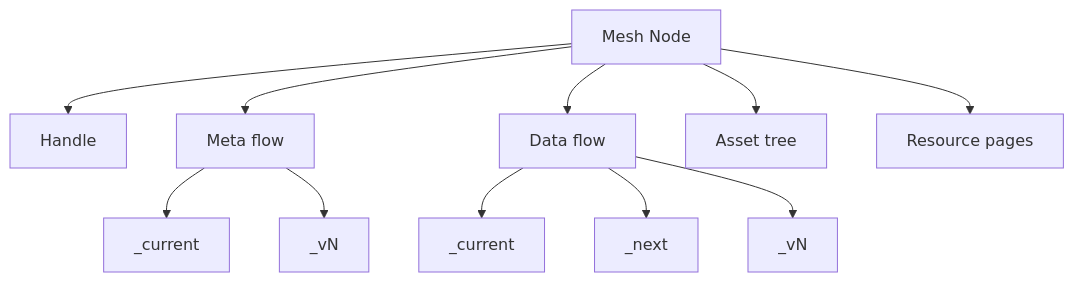
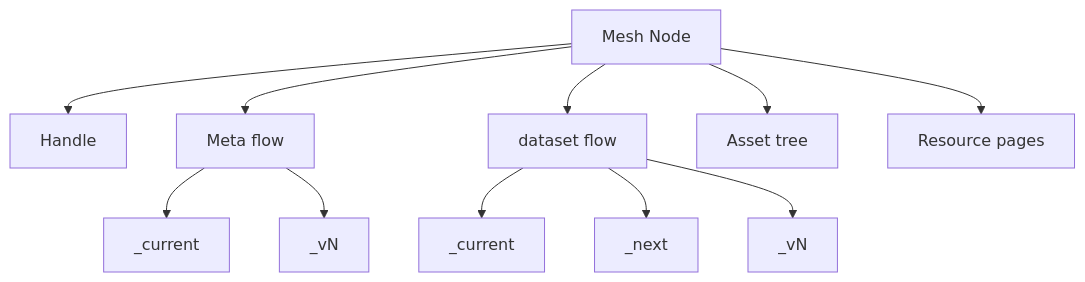
Before and after one commit to semantic-flow/sflo: the diagram in documentation/concept.summary.md, drawn with Mermaid. The commit also changed other lines of this file and 52 other files, not shown here.

Commit message:
docs: data node/flow becomes dataset

````diff
--- a/documentation/concept.summary.md
+++ b/documentation/concept.summary.md
@@ -196,14 +196,14 @@
 ```mermaid
 graph TD
   A[Mesh Node] --> B[Handle]
   A --> C[Meta flow]
-  A --> E[Data flow]
+  A --> E[dataset flow]
   A --> G[Asset tree]
   A --> H[Resource pages]
 
   C --> C1[_current]
   C --> C2[_vN]
   E --> E1[_current]
   E --> E2[_next]
   E --> E3[_vN]
 ```
````
